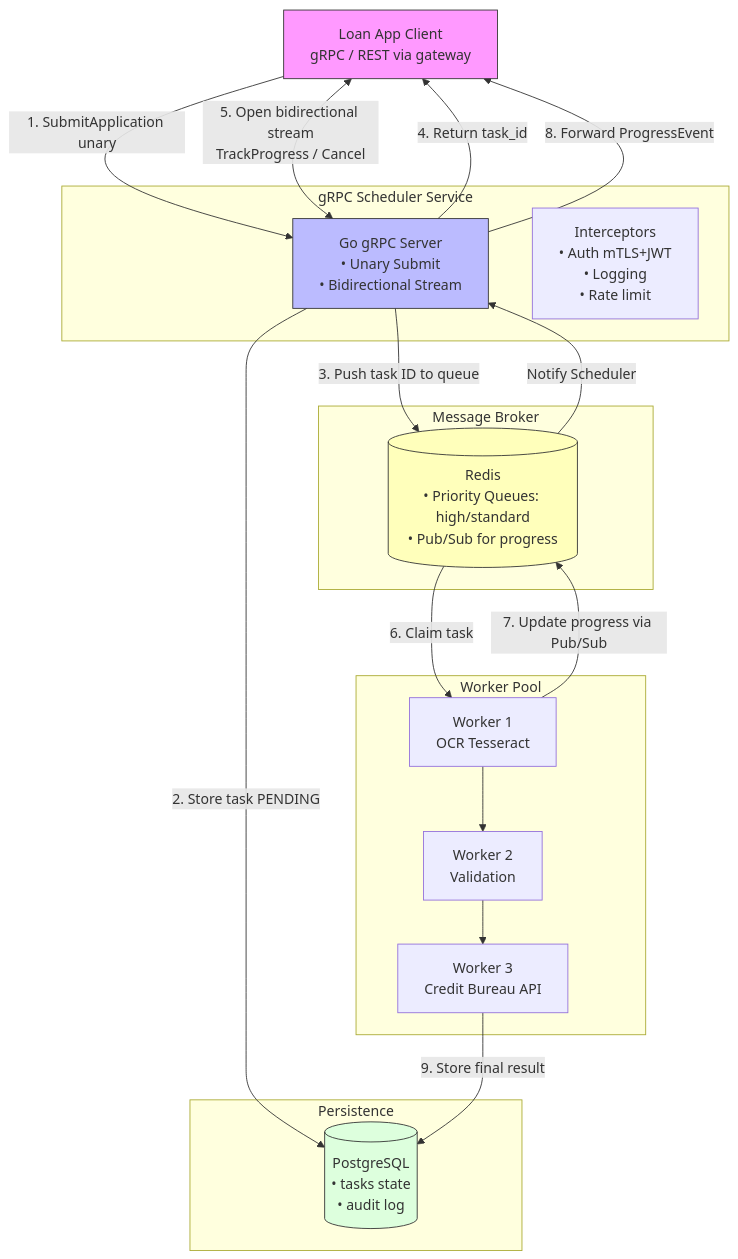
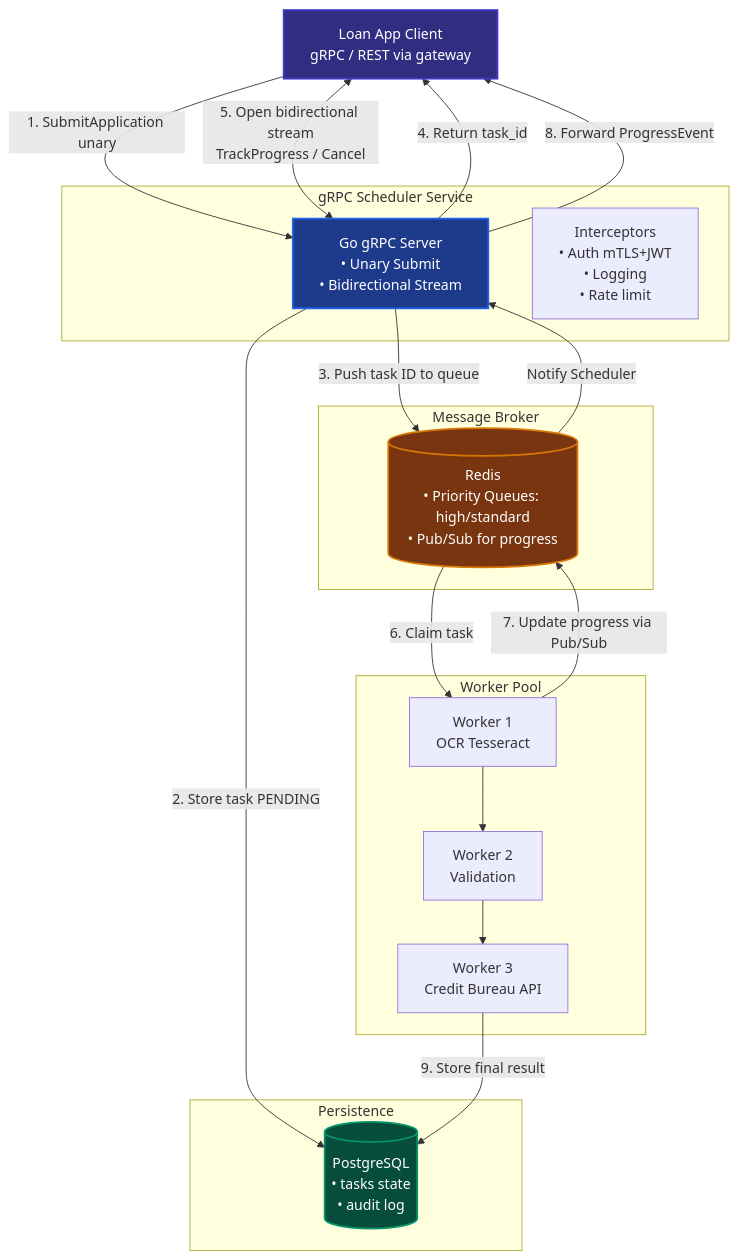
The diagram in README.md (smashraid/pandora), drawn with Mermaid before and after one commit. The commit also changed other lines of this file, not shown here.

Commit message:
Fixed Architecture Colors

````diff
--- a/README.md
+++ b/README.md
@@ -44,43 +44,44 @@
 ```mermaid
 flowchart TB
     Client[Loan App Client<br>gRPC / REST via gateway]
     
     subgraph Scheduler_Group [gRPC Scheduler Service]
         Scheduler[Go gRPC Server<br>• Unary Submit<br>• Bidirectional Stream]
         Interceptors[Interceptors<br>• Auth mTLS+JWT<br>• Logging<br>• Rate limit]
     end
     
     subgraph Queue_Group [Message Broker]
         Redis[(Redis<br>• Priority Queues: high/standard<br>• Pub/Sub for progress)]
     end
     
     subgraph Worker_Group [Worker Pool]
         Worker1[Worker 1<br>OCR Tesseract]
         Worker2[Worker 2<br>Validation]
         Worker3[Worker 3<br>Credit Bureau API]
     end
     
     subgraph Storage_Group [Persistence]
         PG[(PostgreSQL<br>• tasks state<br>• audit log)]
     end
     
     Client -->|1. SubmitApplication unary| Scheduler
     Scheduler -->|2. Store task PENDING| PG
     Scheduler -->|3. Push task ID to queue| Redis
     Scheduler -->|4. Return task_id| Client
     
     Client <-->|5. Open bidirectional stream<br>TrackProgress / Cancel| Scheduler
     
     Redis -->|6. Claim task| Worker1
     Worker1 -->|7. Update progress via Pub/Sub| Redis
     Redis -->|Notify Scheduler| Scheduler
     Scheduler -->|8. Forward ProgressEvent| Client
     
     Worker1 --> Worker2 --> Worker3
     Worker3 -->|9. Store final result| PG
     
-    style Client fill:#f9f,stroke:#333
-    style Scheduler fill:#bbf,stroke:#333
-    style Redis fill:#ffb,stroke:#333
-    style PG fill:#dfd,stroke:#333
+    %% High-Contrast Theme Styling (Works for Dark & Light Mode)
+    style Client fill:#312E81,stroke:#4338CA,stroke-width:2px,color:#FFFFFF
+    style Scheduler fill:#1E3A8A,stroke:#2563EB,stroke-width:2px,color:#FFFFFF
+    style Redis fill:#78350F,stroke:#D97706,stroke-width:2px,color:#FFFFFF
+    style PG fill:#064E3B,stroke:#059669,stroke-width:2px,color:#FFFFFF
 ```
````
